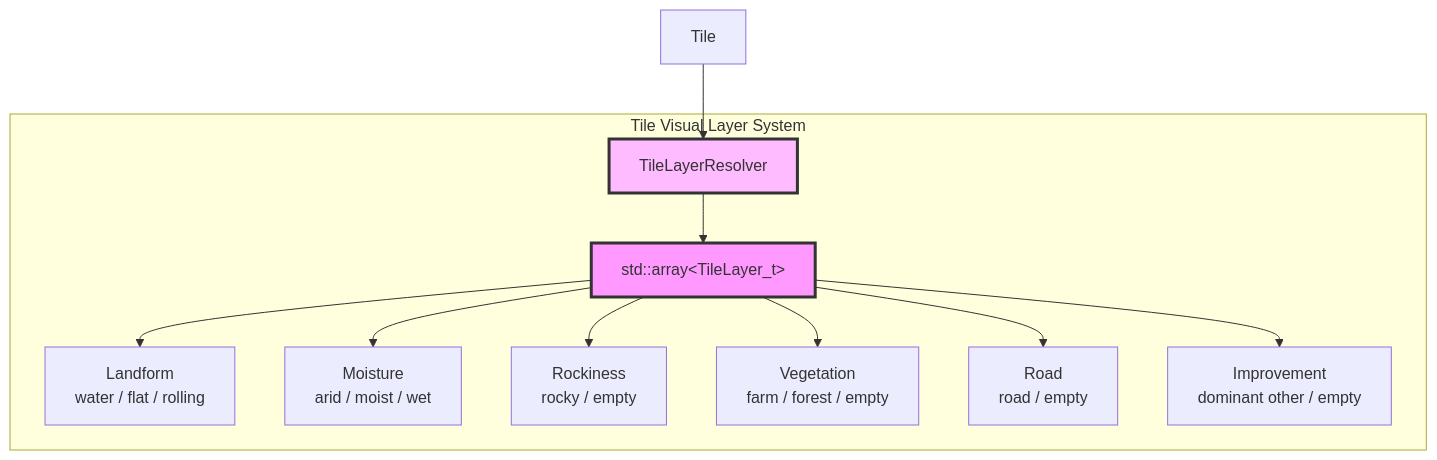
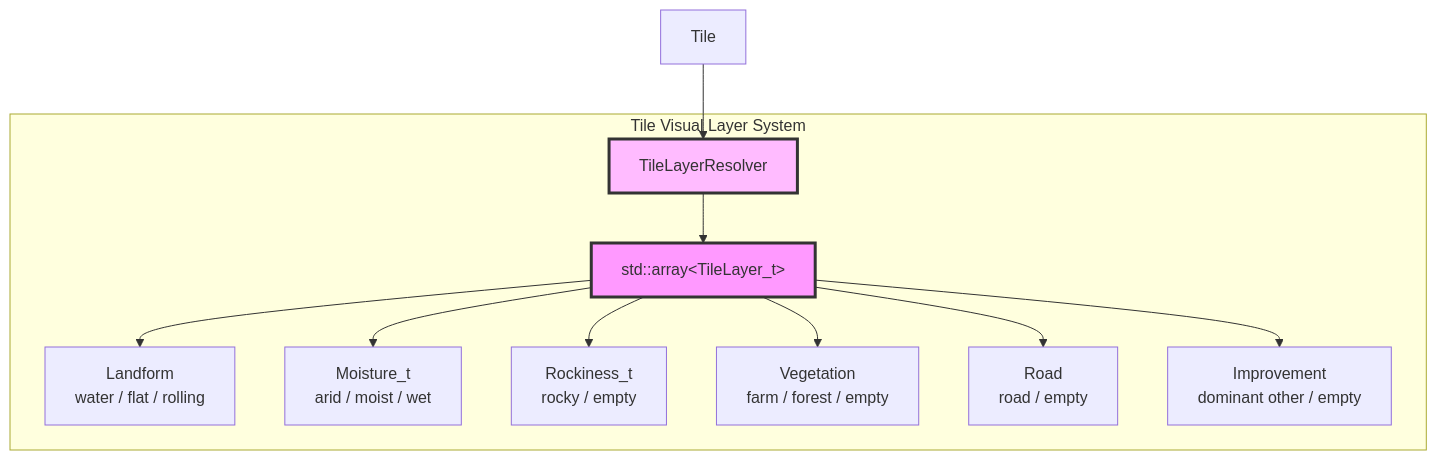
One commit to kilianloftis/alpha-centauri changed the second of 2 diagrams in docs/architecture/map-system.md. Above: the diagram before and after it, drawn with Mermaid. The commit also changed other lines of this file and 139 other files, not shown here.

````diff
--- a/docs/architecture/map-system.md
+++ b/docs/architecture/map-system.md
@@ -104,25 +104,25 @@
 ```mermaid
 graph TB
     subgraph "Tile Visual Layer System"
         Resolver[TileLayerResolver]
         Layers[std::array&lt;TileLayer_t&gt;]
         Landform[Landform<br/>water / flat / rolling]
-        Moisture[Moisture<br/>arid / moist / wet]
-        Rockiness[Rockiness<br/>rocky / empty]
+        Moisture_t[Moisture_t<br/>arid / moist / wet]
+        Rockiness_t[Rockiness_t<br/>rocky / empty]
         Vegetation[Vegetation<br/>farm / forest / empty]
         Road[Road<br/>road / empty]
         Improvement[Improvement<br/>dominant other / empty]
     end
 
     Tile[Tile] --> Resolver
     Resolver --> Layers
     Layers --> Landform
-    Layers --> Moisture
-    Layers --> Rockiness
+    Layers --> Moisture_t
+    Layers --> Rockiness_t
     Layers --> Vegetation
     Layers --> Road
     Layers --> Improvement
 
     style Resolver fill:#fbf,stroke:#333,stroke-width:3px
     style Layers fill:#f9f,stroke:#333,stroke-width:3px
 ```
````
